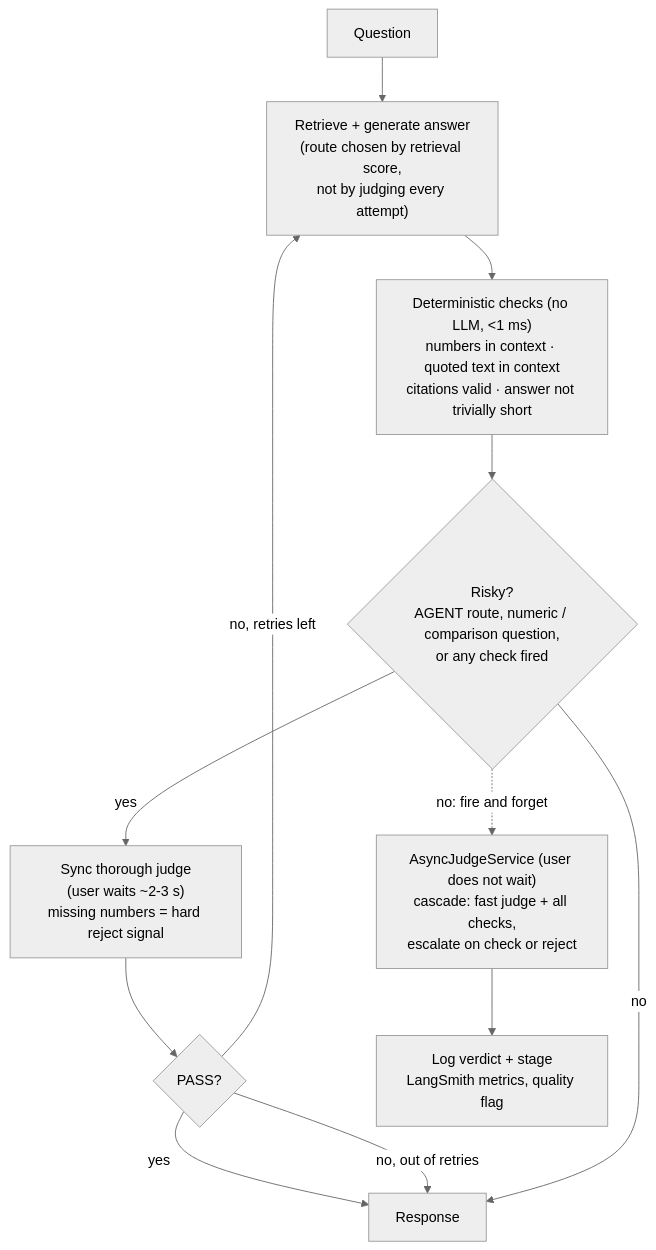
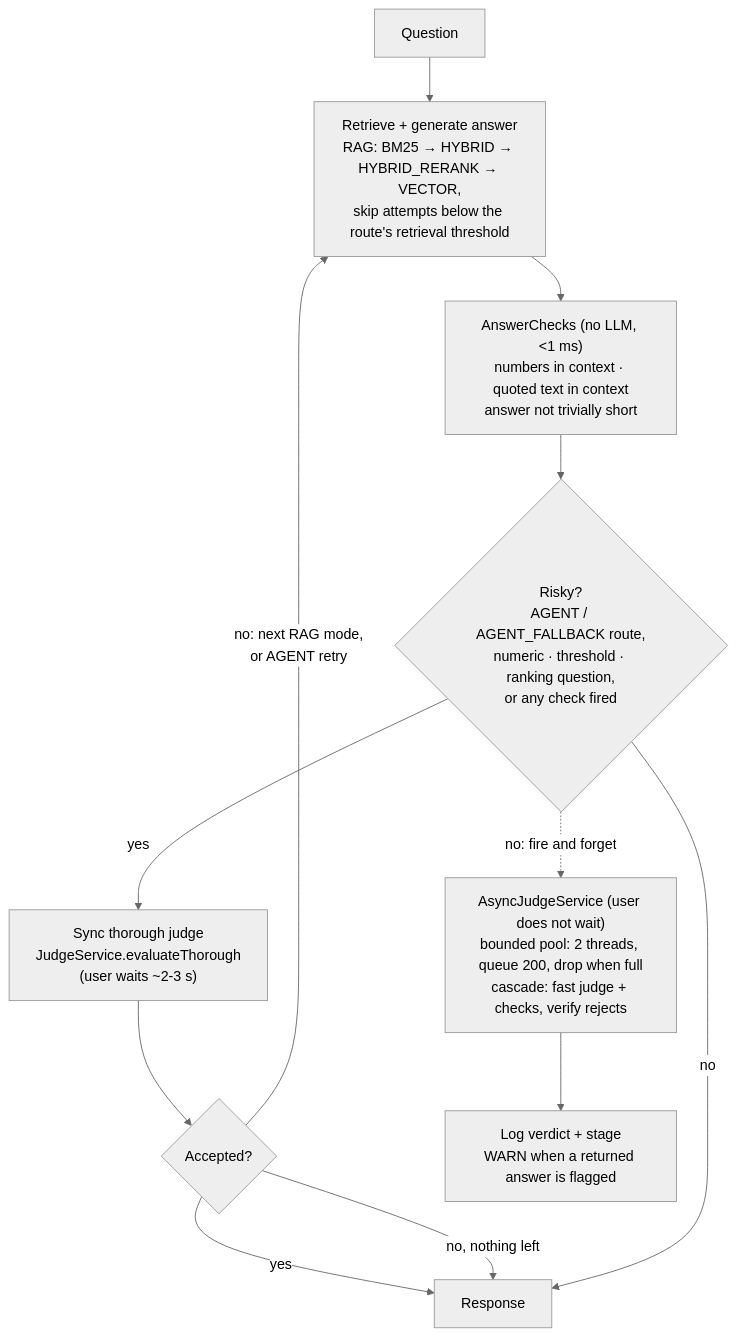
One commit to madhu335/agentic-rag-platform changed the third of 3 diagrams in README.md. Above: the diagram before and after it, drawn with Mermaid (neutral theme). The commit also changed other lines of this file and 13 other files, not shown here.

First line of the commit message:
Orchestrator: sync thorough judge only for risky answers, async audit for the rest

````diff
--- a/README.md
+++ b/README.md
@@ -194,14 +198,14 @@
 ```mermaid
 flowchart TD
-    Q["Question"] --> GEN["Retrieve + generate answer<br/>(route chosen by retrieval score,<br/>not by judging every attempt)"]
-    GEN --> CHK["Deterministic checks (no LLM, &lt;1 ms)<br/>numbers in context · quoted text in context<br/>citations valid · answer not trivially short"]
-    CHK --> RISK{"Risky?<br/>AGENT route, numeric / comparison question,<br/>or any check fired"}
-    RISK -- "yes" --> SYNC["Sync thorough judge<br/>(user waits ~2-3 s)<br/>missing numbers = hard reject signal"]
-    SYNC --> OK{"PASS?"}
+    Q["Question"] --> GEN["Retrieve + generate answer<br/>RAG: BM25 → HYBRID → HYBRID_RERANK → VECTOR,<br/>skip attempts below the route's retrieval threshold"]
+    GEN --> CHK["AnswerChecks (no LLM, &lt;1 ms)<br/>numbers in context · quoted text in context<br/>answer not trivially short"]
+    CHK --> RISK{"Risky?<br/>AGENT / AGENT_FALLBACK route,<br/>numeric · threshold · ranking question,<br/>or any check fired"}
+    RISK -- "yes" --> SYNC["Sync thorough judge<br/>JudgeService.evaluateThorough<br/>(user waits ~2-3 s)"]
+    SYNC --> OK{"Accepted?"}
     OK -- "yes" --> RESP["Response"]
-    OK -- "no, retries left" --> GEN
-    OK -- "no, out of retries" --> RESP
+    OK -- "no: next RAG mode,<br/>or AGENT retry" --> GEN
+    OK -- "no, nothing left" --> RESP
     RISK -- "no" --> RESP
-    RISK -. "no: fire and forget" .-> ASYNC["AsyncJudgeService (user does not wait)<br/>cascade: fast judge + all checks,<br/>escalate on check or reject"]
-    ASYNC --> OBS["Log verdict + stage<br/>LangSmith metrics, quality flag"]
+    RISK -. "no: fire and forget" .-> ASYNC["AsyncJudgeService (user does not wait)<br/>bounded pool: 2 threads, queue 200, drop when full<br/>cascade: fast judge + checks, verify rejects"]
+    ASYNC --> OBS["Log verdict + stage<br/>WARN when a returned answer is flagged"]
 ```
````
